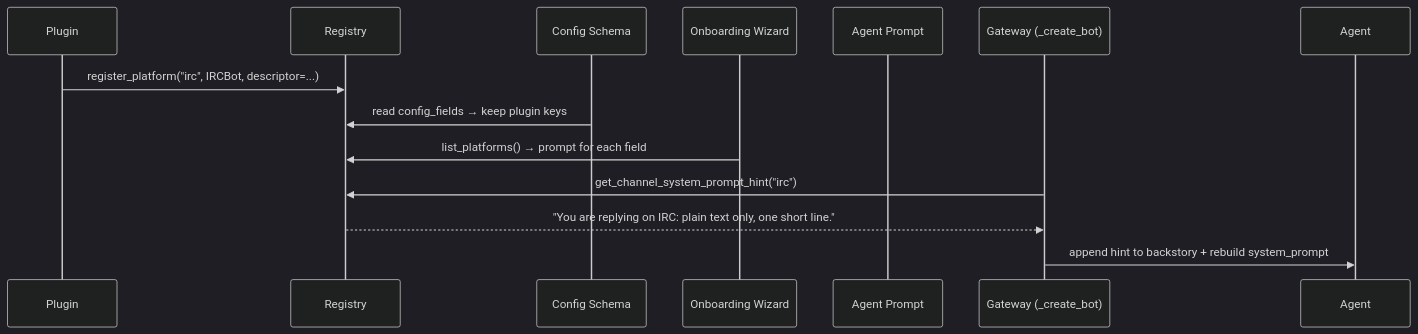
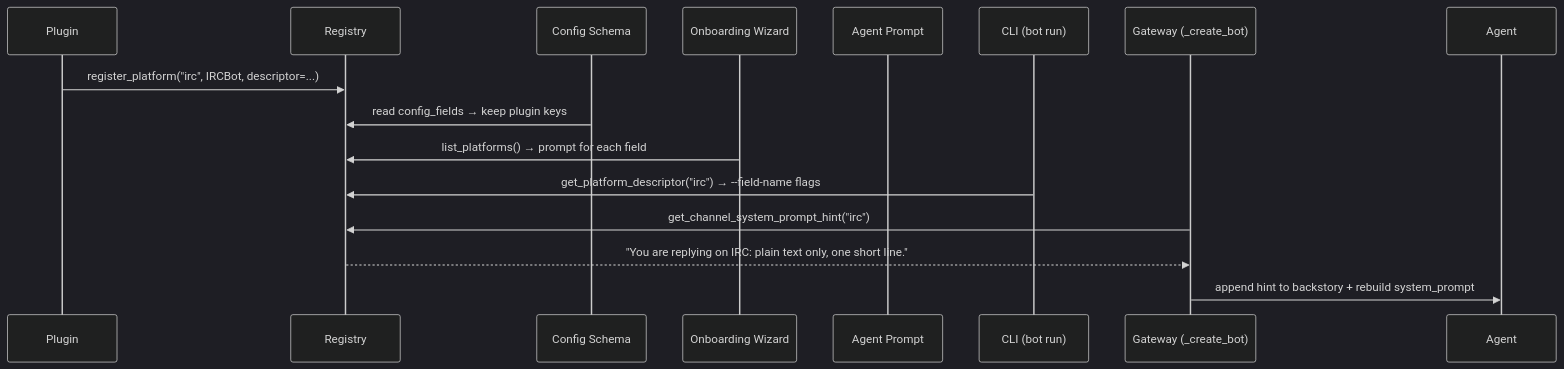
Before and after one commit to MervinPraison/PraisonAIDocs: the second of 3 diagrams in docs/features/channel-descriptor.mdx, drawn with Mermaid (dark theme). The commit also changed other lines of this file and 5 other files, not shown here.

Commit message:
fix: document bot run channel-declared field flags (fixes #4645)

````diff
--- a/docs/features/channel-descriptor.mdx
+++ b/docs/features/channel-descriptor.mdx
@@ -68,18 +68,20 @@
 ```mermaid
 sequenceDiagram
     participant Plugin
     participant Registry
     participant Schema as Config Schema
     participant Wizard as Onboarding Wizard
     participant Prompt as Agent Prompt
+    participant CLI as CLI (bot run)
 
     participant Gateway as Gateway (_create_bot)
     participant Agent
 
     Plugin->>Registry: register_platform("irc", IRCBot, descriptor=...)
     Schema->>Registry: read config_fields → keep plugin keys
     Wizard->>Registry: list_platforms() → prompt for each field
+    CLI->>Registry: get_platform_descriptor("irc") → --field-name flags
     Gateway->>Registry: get_channel_system_prompt_hint("irc")
     Registry-->>Gateway: "You are replying on IRC: plain text only, one short line."
     Gateway->>Agent: append hint to backstory + rebuild system_prompt
 ```
````
